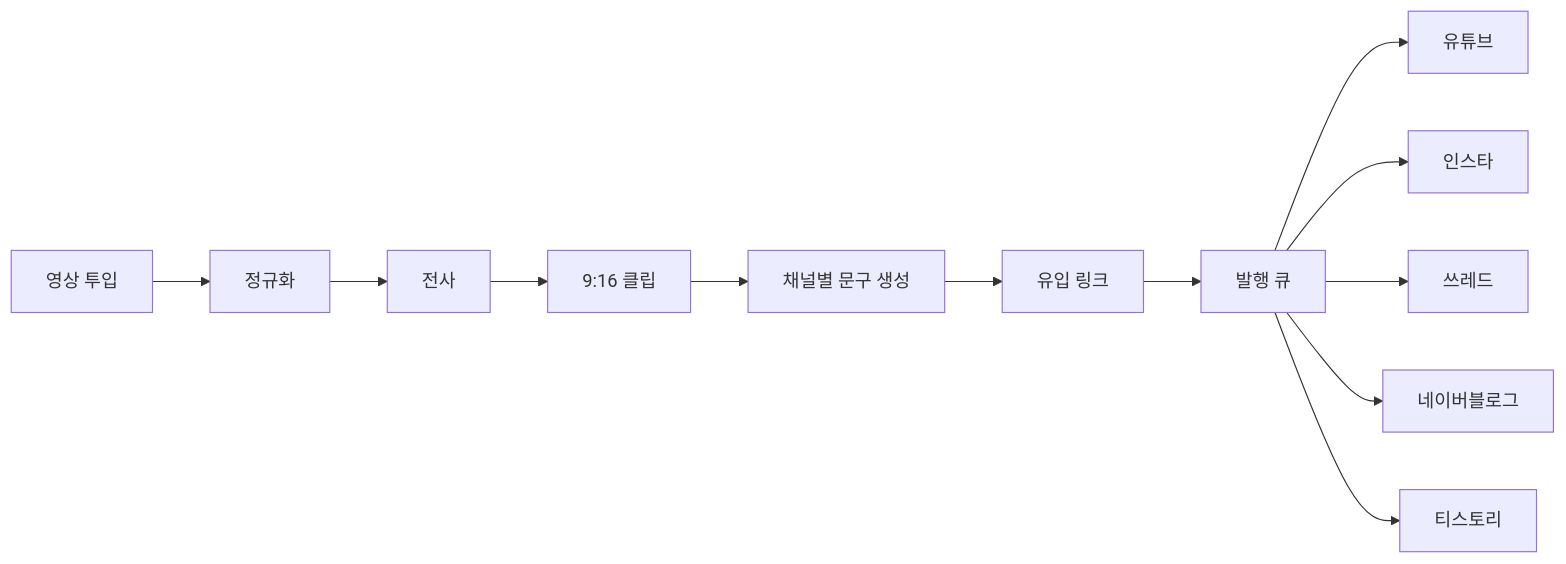
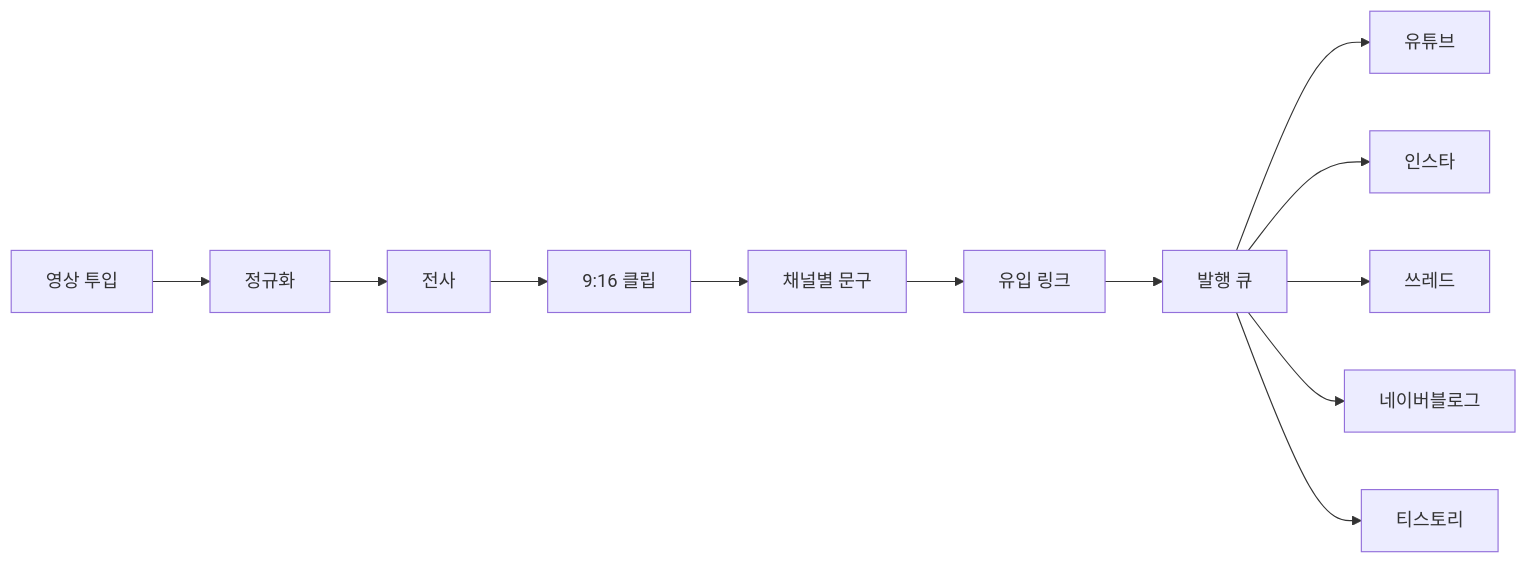
The second of 2 diagrams in README.md (jeakeun/jeakeun), drawn with Mermaid before and after one commit. The commit also changed other lines of this file, not shown here.

````diff
--- a/README.md
+++ b/README.md
@@ -60,14 +131,9 @@
 ```mermaid
 flowchart LR
-    A[영상 투입] --> B[정규화]
-    B --> C[전사]
-    C --> D["9:16 클립"]
-    D --> E[채널별 문구 생성]
-    E --> F[유입 링크]
-    F --> G[발행 큐]
+    A[영상 투입] --> B[정규화] --> C[전사] --> D["9:16 클립"] --> E[채널별 문구] --> F[유입 링크] --> G[발행 큐]
     G --> H1[유튜브]
     G --> H2[인스타]
     G --> H3[쓰레드]
     G --> H4[네이버블로그]
     G --> H5[티스토리]
 ```
````
